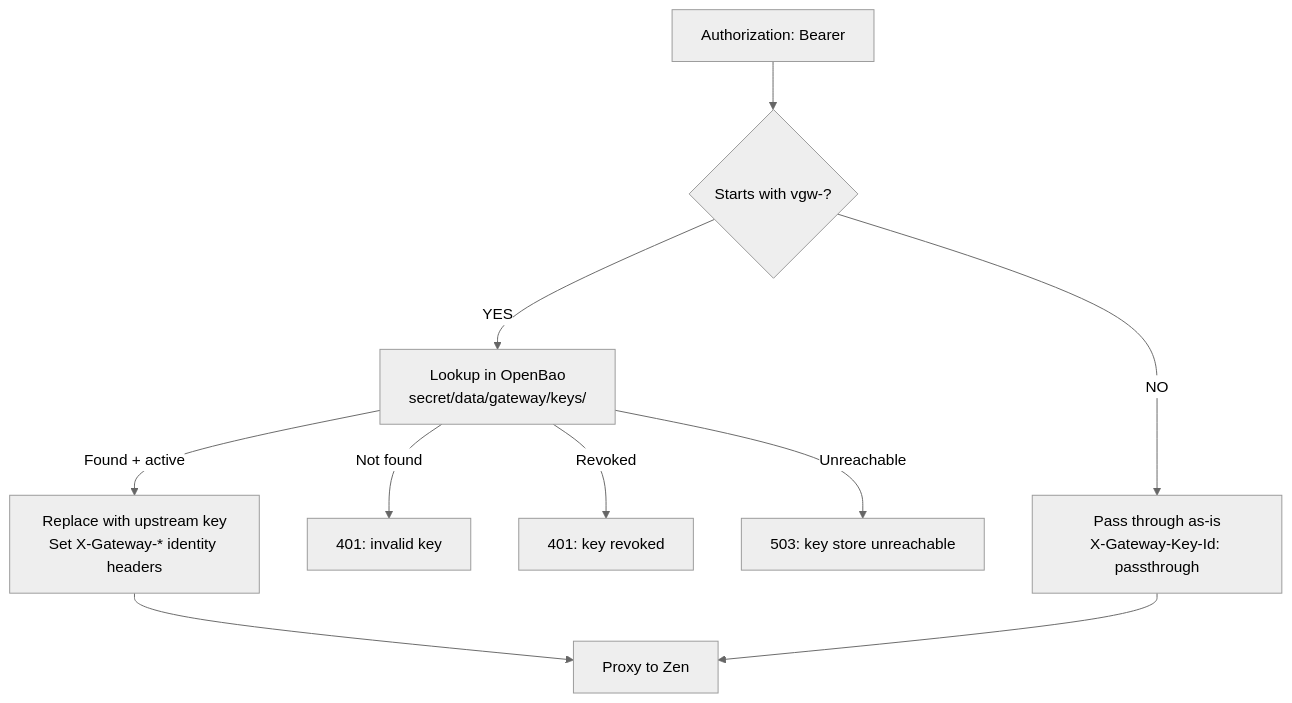
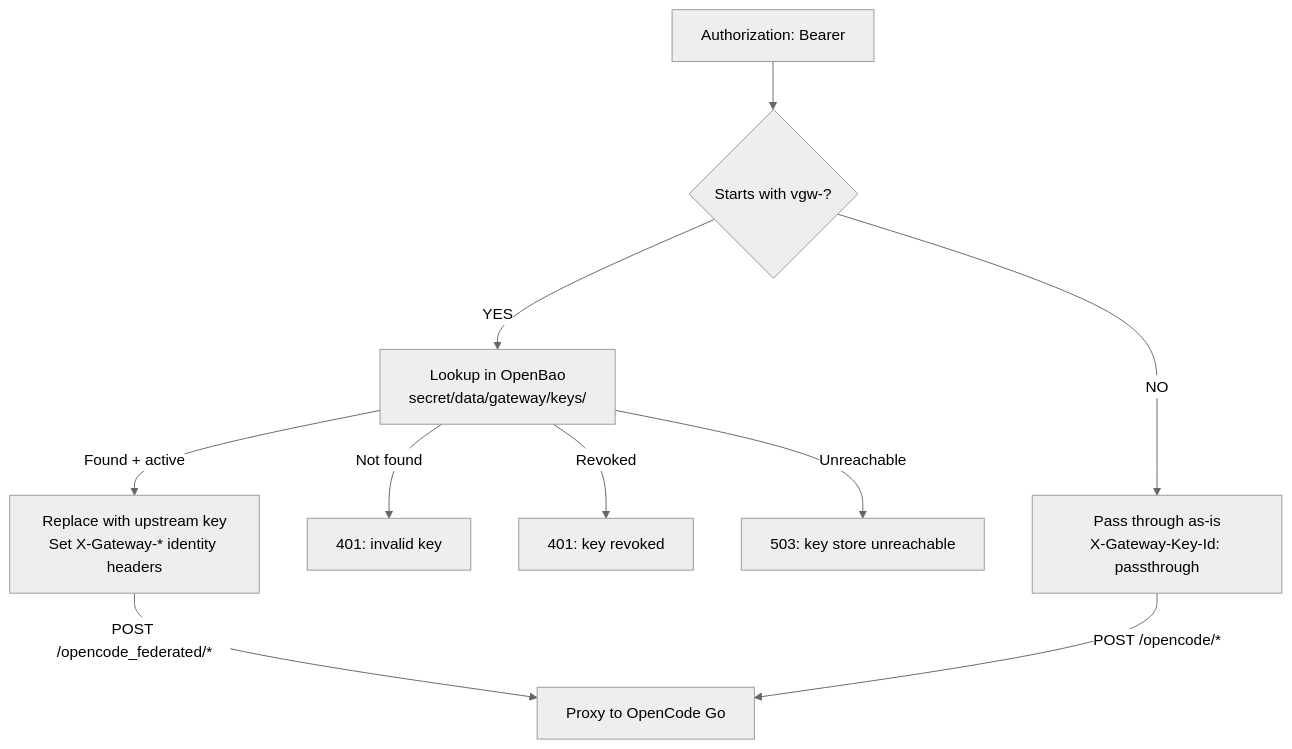
Before and after one commit to Independent-AI-Labs/WORKSPACE-GATEWAY: the second of 2 diagrams in README.md, drawn with Mermaid (neutral theme). The commit also changed other lines of this file and 42 other files, not shown here.

````diff
--- a/README.md
+++ b/README.md
@@ -185,12 +191,12 @@
 ```mermaid
 flowchart TD
     REQ["Authorization: Bearer <token>"] --> CHECK{"Starts with vgw-?"}
     CHECK -->|"YES"| OPENBAO["Lookup in OpenBao<br/>secret/data/gateway/keys/<token>"]
     OPENBAO -->|"Found + active"| INJECT["Replace with upstream key<br/>Set X-Gateway-* identity headers"]
     OPENBAO -->|"Not found"| R401["401: invalid key"]
     OPENBAO -->|"Revoked"| R401R["401: key revoked"]
     OPENBAO -->|"Unreachable"| R503["503: key store unreachable"]
     CHECK -->|"NO"| PASS["Pass through as-is<br/>X-Gateway-Key-Id: passthrough"]
-    INJECT --> UPSTREAM["Proxy to Zen"]
-    PASS --> UPSTREAM
+    INJECT -->|"POST /opencode_federated/*"| UPSTREAM["Proxy to OpenCode Go"]
+    PASS -->|"POST /opencode/*"| UPSTREAM
 ```
````
